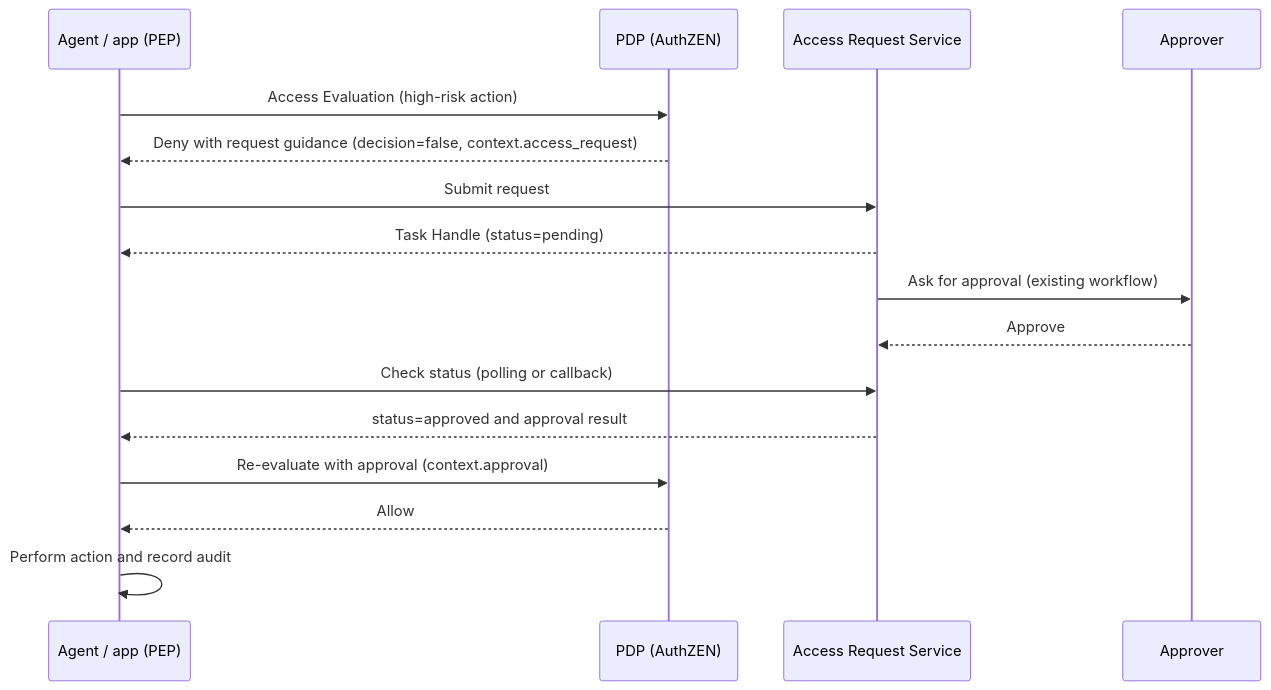
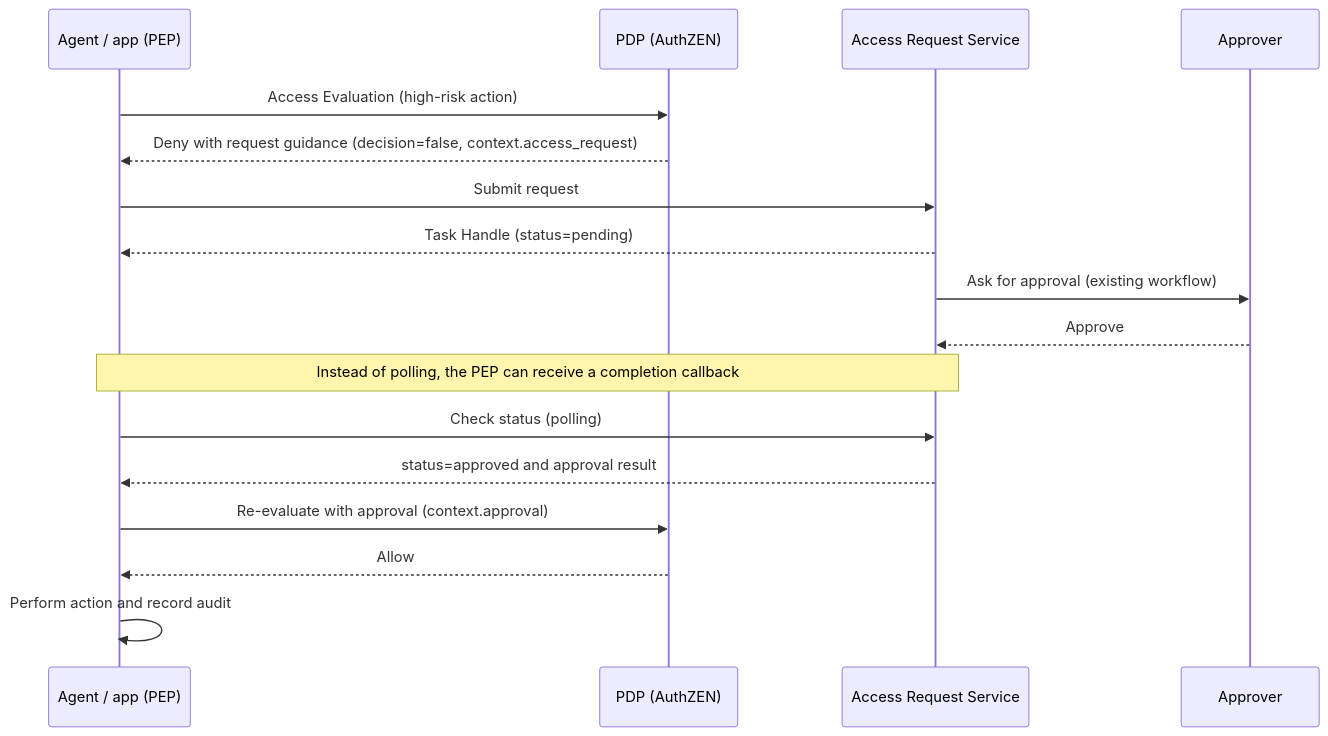
Before and after one commit to bmf-san/bmf-tech: the fifth of 6 diagrams in content/en/posts/authorization-platform-architecture-decisions.md, drawn with Mermaid. The commit also changed other lines of this file and 1 other file, not shown here.

Commit message:
fix: 認可基盤のアーキテクチャの記事の OPA の役割と AARP の完了通知の向きを直す
- コンテナ表で OPA を PEP の実装のように書いていたので、PEP が問い合わせる PDP をサイドカーで動かせる、と書き直した
- AARP の図で、PEP から申請受付への矢印に完了通知を含めていたので、矢印はポーリングだけにし、完了通知（callback）は注記にした（AARP Draft 1 §1.1、§7.4）

````diff
--- a/content/en/posts/authorization-platform-architecture-decisions.md
+++ b/content/en/posts/authorization-platform-architecture-decisions.md
@@ -271,18 +271,19 @@
 ```mermaid
 sequenceDiagram
     participant AG as Agent / app (PEP)
     participant PDP as PDP (AuthZEN)
     participant AR as Access Request Service
     participant M as Approver
     AG->>PDP: Access Evaluation (high-risk action)
     PDP-->>AG: Deny with request guidance (decision=false, context.access_request)
     AG->>AR: Submit request
     AR-->>AG: Task Handle (status=pending)
     AR->>M: Ask for approval (existing workflow)
     M-->>AR: Approve
-    AG->>AR: Check status (polling or callback)
+    Note over AG,AR: Instead of polling, the PEP can receive a completion callback
+    AG->>AR: Check status (polling)
     AR-->>AG: status=approved and approval result
     AG->>PDP: Re-evaluate with approval (context.approval)
     PDP-->>AG: Allow
     AG->>AG: Perform action and record audit
 ```
````
